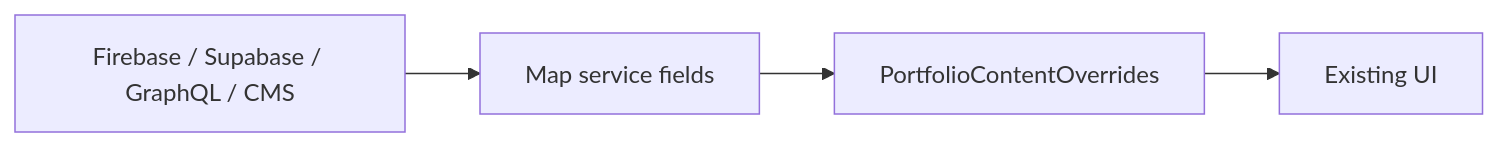
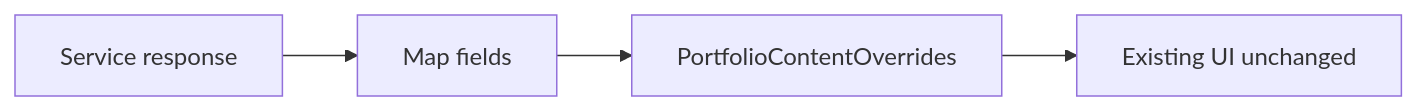
The eighth of 9 diagrams in docs/CONTENT_PROVIDERS.md (SidheshwarSarangal/portfoionew), drawn with Mermaid before and after one commit. The commit also changed other lines of this file and 8 other files, not shown here.

````diff
--- a/docs/CONTENT_PROVIDERS.md
+++ b/docs/CONTENT_PROVIDERS.md
@@ -209,6 +136,6 @@
 ```mermaid
 flowchart LR
-  Service[Firebase / Supabase / GraphQL / CMS] --> Map[Map service fields]
+  Service[Service response] --> Map[Map fields]
   Map --> Contract[PortfolioContentOverrides]
-  Contract --> UI[Existing UI]
+  Contract --> ExistingUI[Existing UI unchanged]
 ```
````
